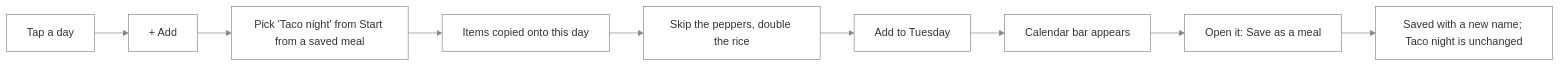
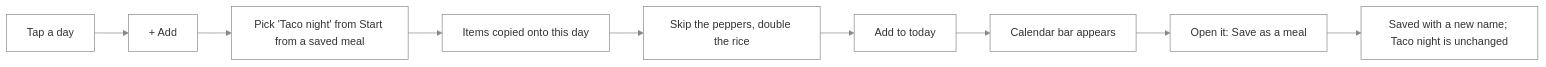
One commit to NovaMoonX/moondreams-dev-apps changed diagram 23 of 26 in src/apps/pinch/UX.md. Above: the diagram before and after it, drawn with Mermaid. The commit also changed other lines of this file and 37 other files, not shown here.

````diff
--- a/src/apps/pinch/UX.md
+++ b/src/apps/pinch/UX.md
@@ -736,7 +736,7 @@
 ```mermaid
 %%{init: {'theme': 'base', 'themeVariables': {'primaryColor': 'transparent', 'clusterBkg': 'transparent', 'primaryBorderColor': '#888888', 'clusterBorder': '#888888', 'lineColor': '#888888', 'primaryTextColor': '#333333'}}}%%
 flowchart LR
     A[Tap a day] --> B[+ Add] --> C["Pick 'Taco night' from Start from a saved meal"] --> D["Items copied onto this day"]
-    D --> E["Skip the peppers, double the rice"] --> F[Add to Tuesday]
+    D --> E["Skip the peppers, double the rice"] --> F[Add to today]
     F --> G["Calendar bar appears"] --> H["Open it: Save as a meal"] --> I["Saved with a new name; Taco night is unchanged"]
 ```
````
